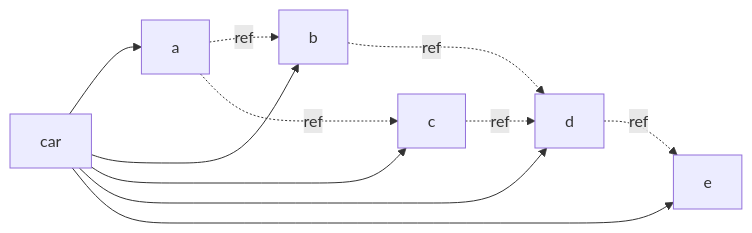
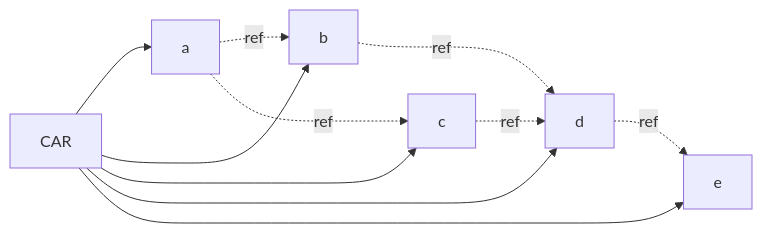
Before and after one commit to expede/minimal-spanning-merkle-tree: the fourth of 4 diagrams in README.md, drawn with Mermaid.

````diff
--- a/README.md
+++ b/README.md
@@ -210,18 +210,18 @@
 ``` mermaid
 flowchart LR
-    car --> a
+    CAR --> a
     a -.->|ref| b
 
-    car --> b
+    CAR --> b
 
-    car --> c
+    CAR --> c
     b ~~~ c
     a -.->|ref| c
     
-    car --> d
+    CAR --> d
     b -.->|ref| d
     c -.->|ref| d
 
-    car --> e
+    CAR --> e
     d -.->|ref| e
 ```
````
